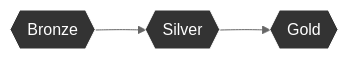
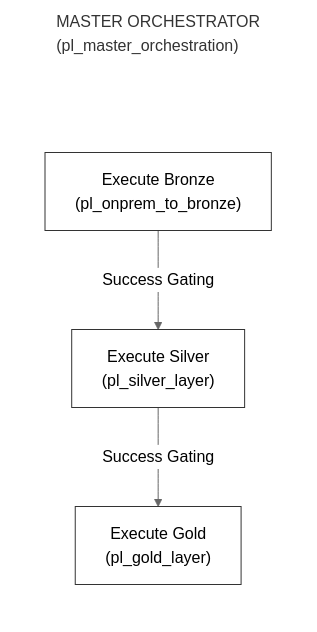
One commit to hamdahiqbal/ADF-Capstone-Project changed diagram 11 of 14 in README.md. Above: the diagram before and after it, drawn with Mermaid (neutral theme). The commit also changed other lines of this file, not shown here.

````diff
--- a/README.md
+++ b/README.md
@@ -255,8 +983,19 @@
 ```mermaid
-graph LR
-    Ingest{{"Bronze"}} --> Transform{{"Silver"}} --> Analyze{{"Gold"}}
-    
-    style Ingest fill:#333,stroke:#fff,color:#fff
-    style Transform fill:#333,stroke:#fff,color:#fff
-    style Analyze fill:#333,stroke:#fff,color:#fff
+flowchart TD
+    subgraph Master ["MASTER ORCHESTRATOR<br>(pl_master_orchestration)"]
+        direction TB
+        TITLE[ ]
+        B["Execute Bronze<br>(pl_onprem_to_bronze)"]
+        S["Execute Silver<br>(pl_silver_layer)"]
+        G["Execute Gold<br>(pl_gold_layer)"]
+        TITLE ~~~ B
+        B -->|Success Gating| S
+        S -->|Success Gating| G
+    end
+
+    style Master fill:none,stroke:#ffffff,stroke-width:2px,stroke-dasharray: 5 5
+    style TITLE fill:none,stroke:none,color:none
+    style B fill:#ffffff,stroke:#333,color:#000
+    style S fill:#ffffff,stroke:#333,color:#000
+    style G fill:#ffffff,stroke:#333,color:#000
 ```
````
